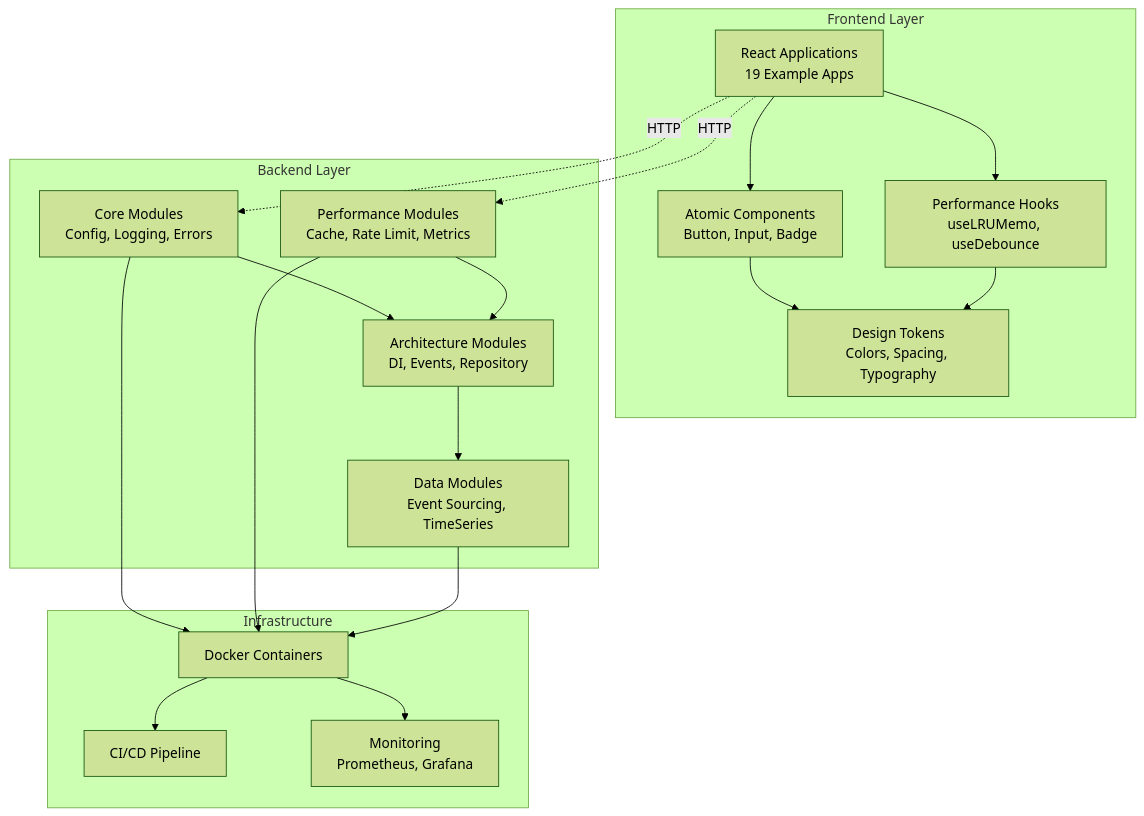
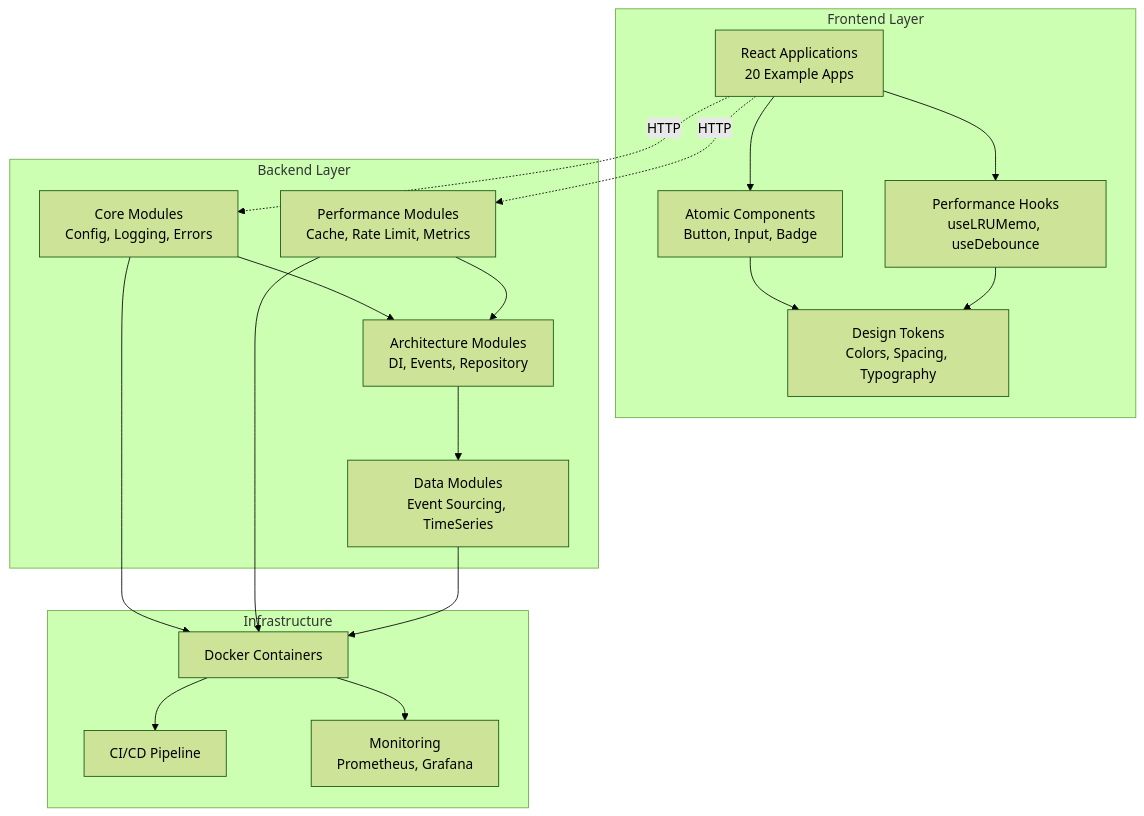
The first of 8 diagrams in docs/architecture/overview.md (AaronHonour/toolkit), drawn with Mermaid (forest theme) before and after one commit. The commit also changed other lines of this file, not shown here.

First line of the commit message:
docs: update architecture overview with Unistax branding

````diff
--- a/docs/architecture/overview.md
+++ b/docs/architecture/overview.md
@@ -9,41 +9,41 @@
 ```mermaid
 graph TB
     subgraph "Frontend Layer"
-        A[React Applications<br/>19 Example Apps]
+        A[React Applications<br/>20 Example Apps]
         B[Atomic Components<br/>Button, Input, Badge]
         C[Performance Hooks<br/>useLRUMemo, useDebounce]
         D[Design Tokens<br/>Colors, Spacing, Typography]
     end
 
     subgraph "Backend Layer"
         E[Core Modules<br/>Config, Logging, Errors]
         F[Performance Modules<br/>Cache, Rate Limit, Metrics]
         G[Architecture Modules<br/>DI, Events, Repository]
         H[Data Modules<br/>Event Sourcing, TimeSeries]
     end
 
     subgraph "Infrastructure"
         I[Docker Containers]
         J[CI/CD Pipeline]
         K[Monitoring<br/>Prometheus, Grafana]
     end
 
     A --> B
     A --> C
     B --> D
     C --> D
 
     A -.HTTP.-> E
     A -.HTTP.-> F
 
     E --> G
     F --> G
     G --> H
 
     E --> I
     F --> I
     H --> I
 
     I --> J
     I --> K
 ```
````
